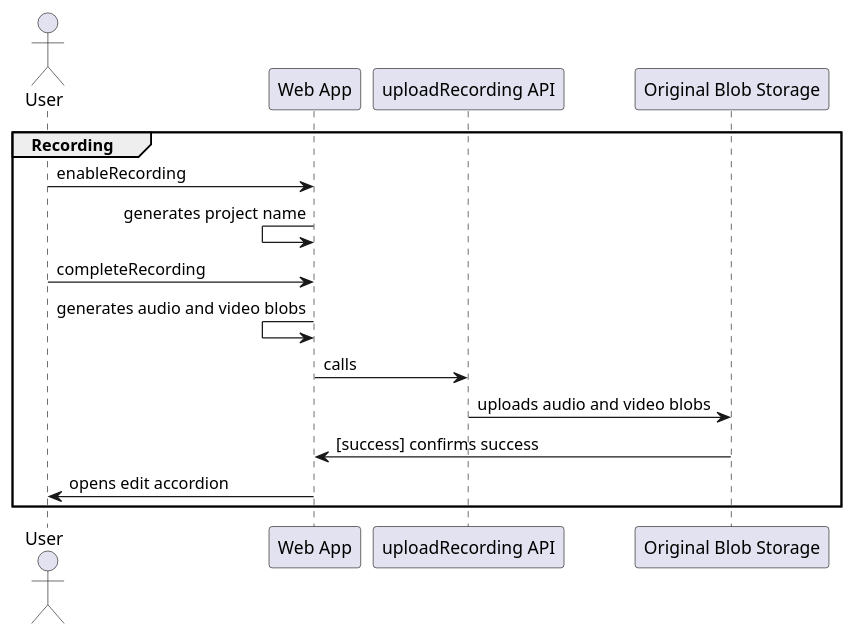
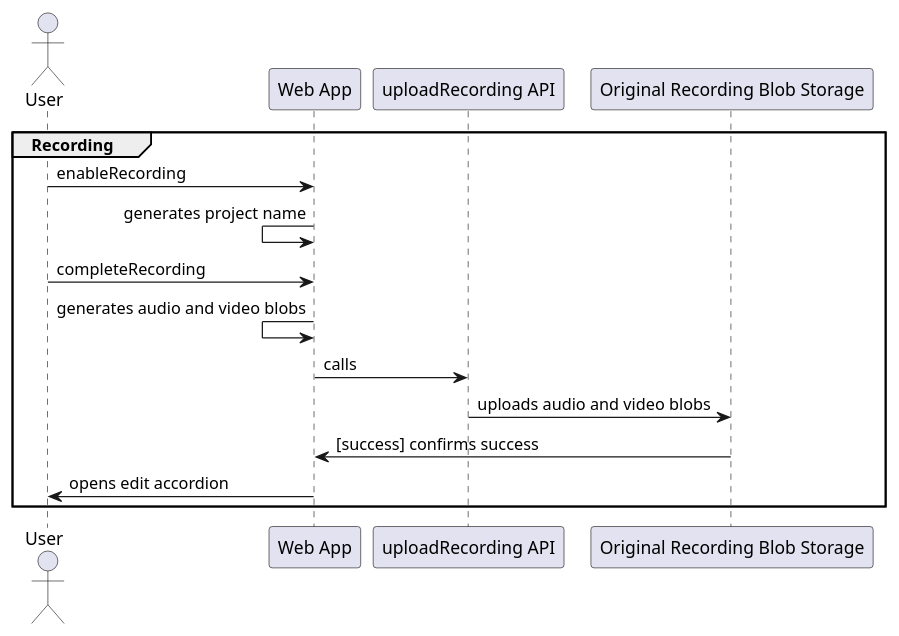
The diagram in examples/recording.puml (jennifer-platt/ECM2429-UML), drawn with PlantUML before and after one commit. The commit also changed 4 other files, not shown here.

Commit message:
Updated diagrams

```diff
--- a/examples/recording.puml
+++ b/examples/recording.puml
@@ -1,18 +1,18 @@
 @startuml system-flow_enter-test-result-code
 
 Actor User
 
 group Recording
 User -> "Web App": enableRecording
 "Web App" <- "Web App": generates project name
 User -> "Web App": completeRecording
 
 "Web App" <- "Web App": generates audio and video blobs
 "Web App" -> "uploadRecording API": calls
-"uploadRecording API" -> "Original Blob Storage": uploads audio and video blobs
-"Web App" <- "Original Blob Storage": [success] confirms success
+"uploadRecording API" -> "Original Recording Blob Storage": uploads audio and video blobs
+"Web App" <- "Original Recording Blob Storage": [success] confirms success
 User <- "Web App": opens edit accordion
 
 end
 
 @enduml
```
